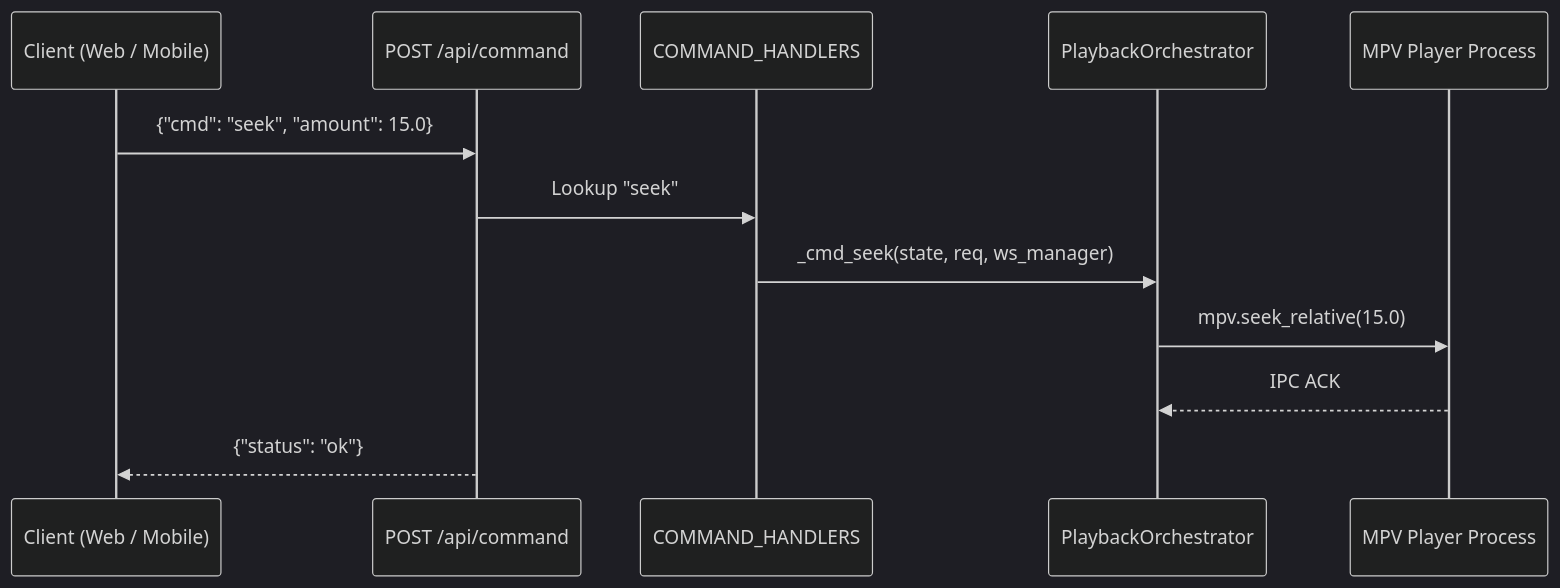
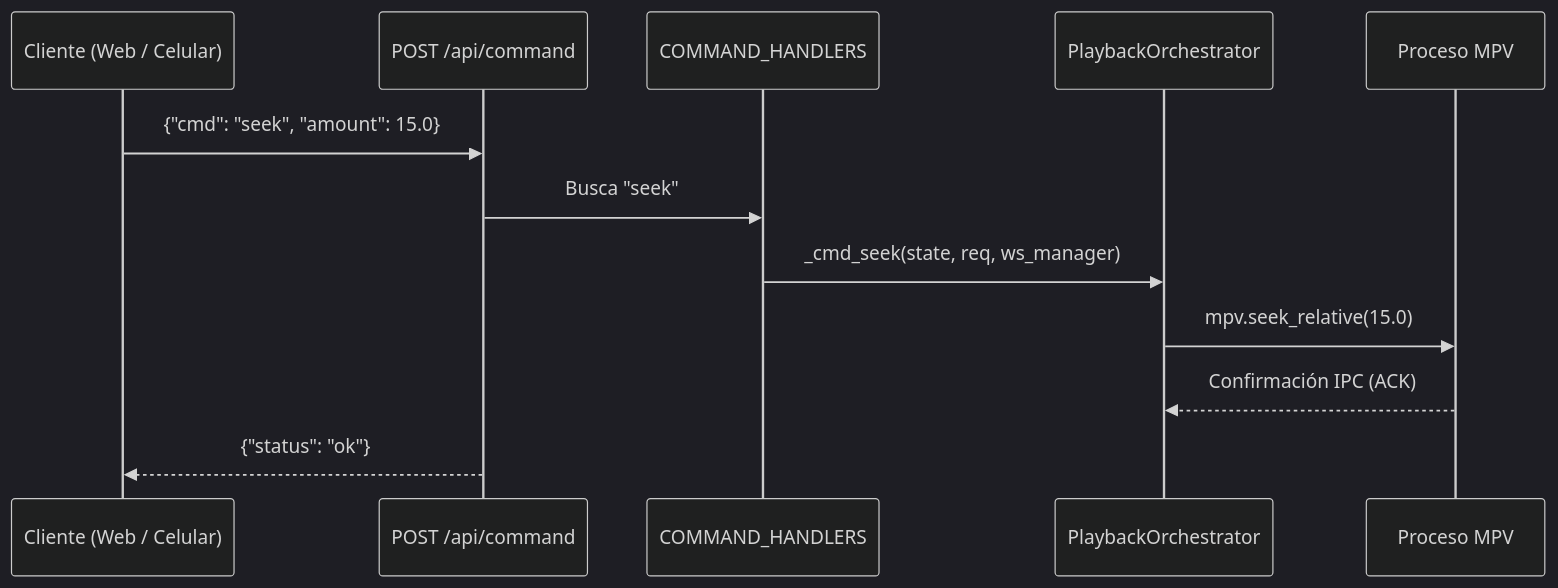
One commit to keze87/La-Rockola changed the second of 2 diagrams in docs/ARCHITECTURE.md. Above: the diagram before and after it, drawn with Mermaid (dark theme). The commit also changed other lines of this file and 2 other files, not shown here.

````diff
--- a/docs/ARCHITECTURE.md
+++ b/docs/ARCHITECTURE.md
@@ -212,15 +215,15 @@
 ```mermaid
 sequenceDiagram
-    participant Client as Client (Web / Mobile)
-    participant Route as POST /api/command
-    participant Table as COMMAND_HANDLERS
+    participant Cliente as Cliente (Web / Celular)
+    participant Ruta as POST /api/command
+    participant Tabla as COMMAND_HANDLERS
     participant Orch as PlaybackOrchestrator
-    participant MPV as MPV Player Process
+    participant MPV as Proceso MPV
 
-    Client->>Route: {"cmd": "seek", "amount": 15.0}
-    Route->>Table: Lookup "seek"
-    Table->>Orch: _cmd_seek(state, req, ws_manager)
+    Cliente->>Ruta: {"cmd": "seek", "amount": 15.0}
+    Ruta->>Tabla: Busca "seek"
+    Tabla->>Orch: _cmd_seek(state, req, ws_manager)
     Orch->>MPV: mpv.seek_relative(15.0)
-    MPV-->>Orch: IPC ACK
-    Route-->>Client: {"status": "ok"}
+    MPV-->>Orch: Confirmación IPC (ACK)
+    Ruta-->>Cliente: {"status": "ok"}
 ```
````
